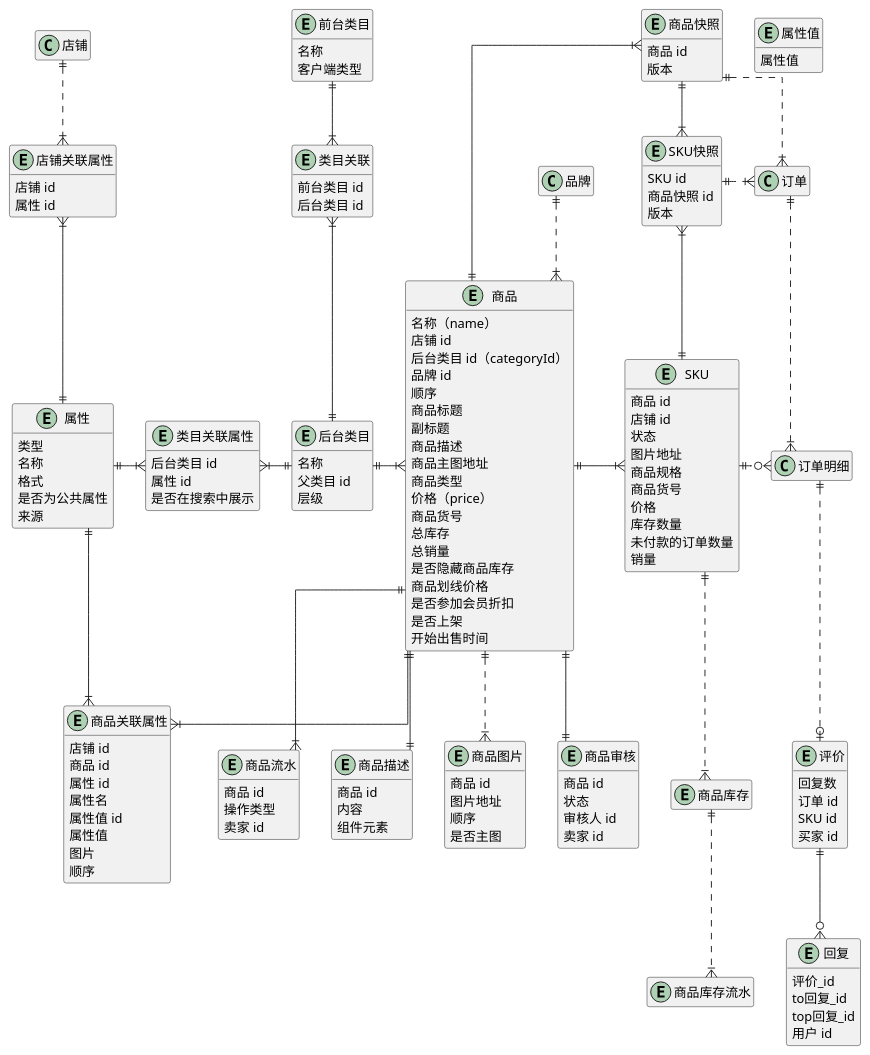
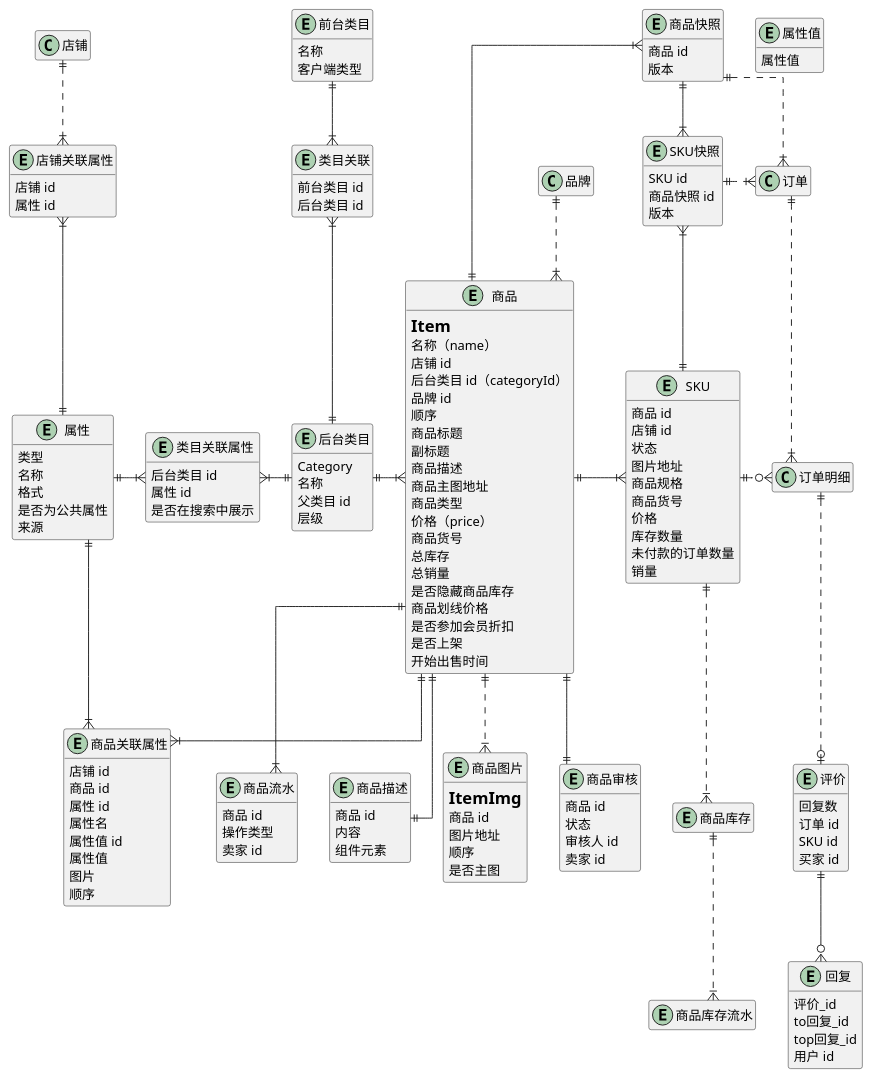
One commit to awesomecat2020/mock-mall changed the diagram in doc/商品.puml. Above: the diagram before and after it, drawn with PlantUML. The commit also changed 10 other files, not shown here.

```diff
--- a/doc/商品.puml
+++ b/doc/商品.puml
@@ -4,6 +4,7 @@
 
 ' ==================== 商品 ====================
 entity 商品 {
+=Item
     名称（name）
     店铺 id
     后台类目 id（categoryId）
@@ -52,6 +53,7 @@
 ' 如果类目下挂载有商品，就不能删除或作废。
 ' 层次一般三层或四层，商品必须挂载于叶子类目下。
 entity 后台类目 {
+Category
     名称
     父类目 id
     层级
@@ -87,6 +89,7 @@
     组件元素
 }
 entity 商品图片 {
+=ItemImg
     商品 id
     图片地址
     顺序
```
